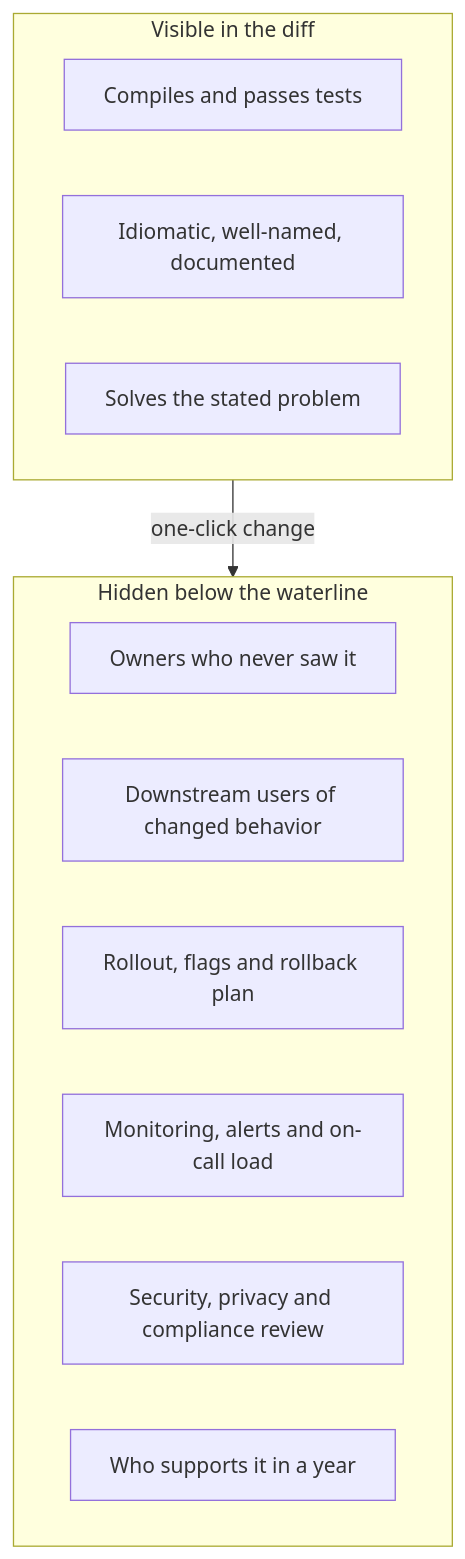
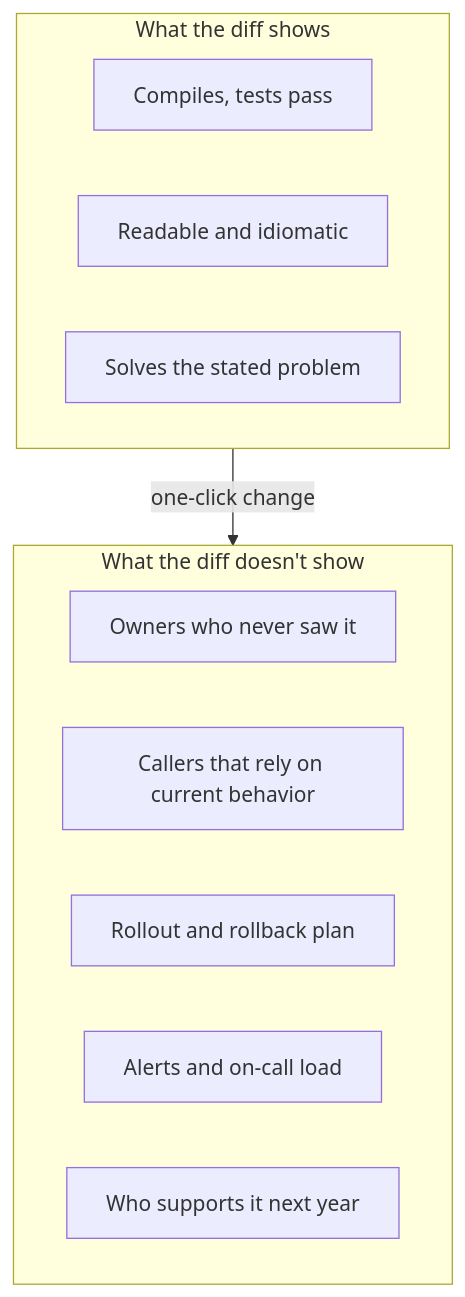
Before and after one commit to gopikrishtummala/gopikrishtummala.github.io: the diagram in src/data/blog/interview-prep/ai-assisted-coding-conscious-practice-and-interviews.md, drawn with Mermaid. The commit also changed other lines of this file and 4 other files, not shown here.

````diff
--- a/src/data/blog/interview-prep/ai-assisted-coding-conscious-practice-and-interviews.md
+++ b/src/data/blog/interview-prep/ai-assisted-coding-conscious-practice-and-interviews.md
@@ -150,17 +39,16 @@
 ```mermaid
 flowchart TB
-  subgraph Visible["Visible in the diff"]
-    V1["Compiles and passes tests"]
-    V2["Idiomatic, well-named, documented"]
+  subgraph Visible["What the diff shows"]
+    V1["Compiles, tests pass"]
+    V2["Readable and idiomatic"]
     V3["Solves the stated problem"]
   end
-  subgraph Hidden["Hidden below the waterline"]
+  subgraph Hidden["What the diff doesn't show"]
     H1["Owners who never saw it"]
-    H2["Downstream users of changed behavior"]
-    H3["Rollout, flags and rollback plan"]
-    H4["Monitoring, alerts and on-call load"]
-    H5["Security, privacy and compliance review"]
-    H6["Who supports it in a year"]
+    H2["Callers that rely on current behavior"]
+    H3["Rollout and rollback plan"]
+    H4["Alerts and on-call load"]
+    H5["Who supports it next year"]
   end
   Visible -->|"one-click change"| Hidden
 ```
````
